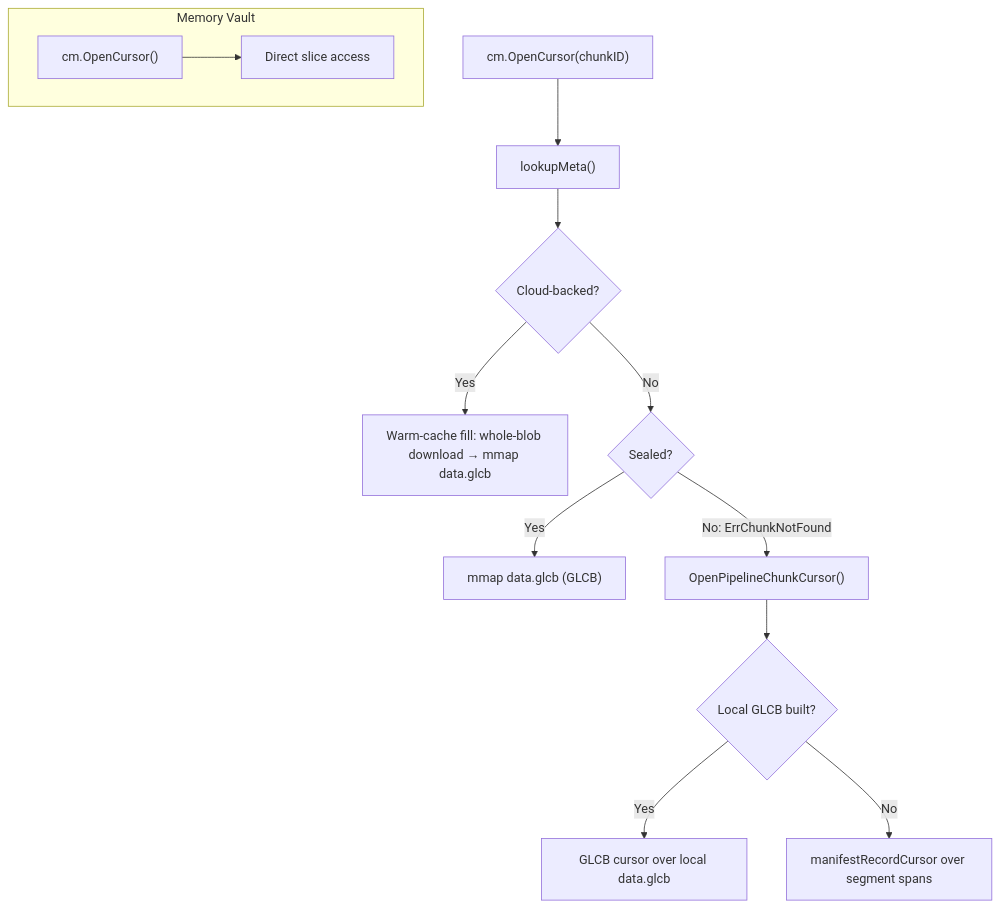
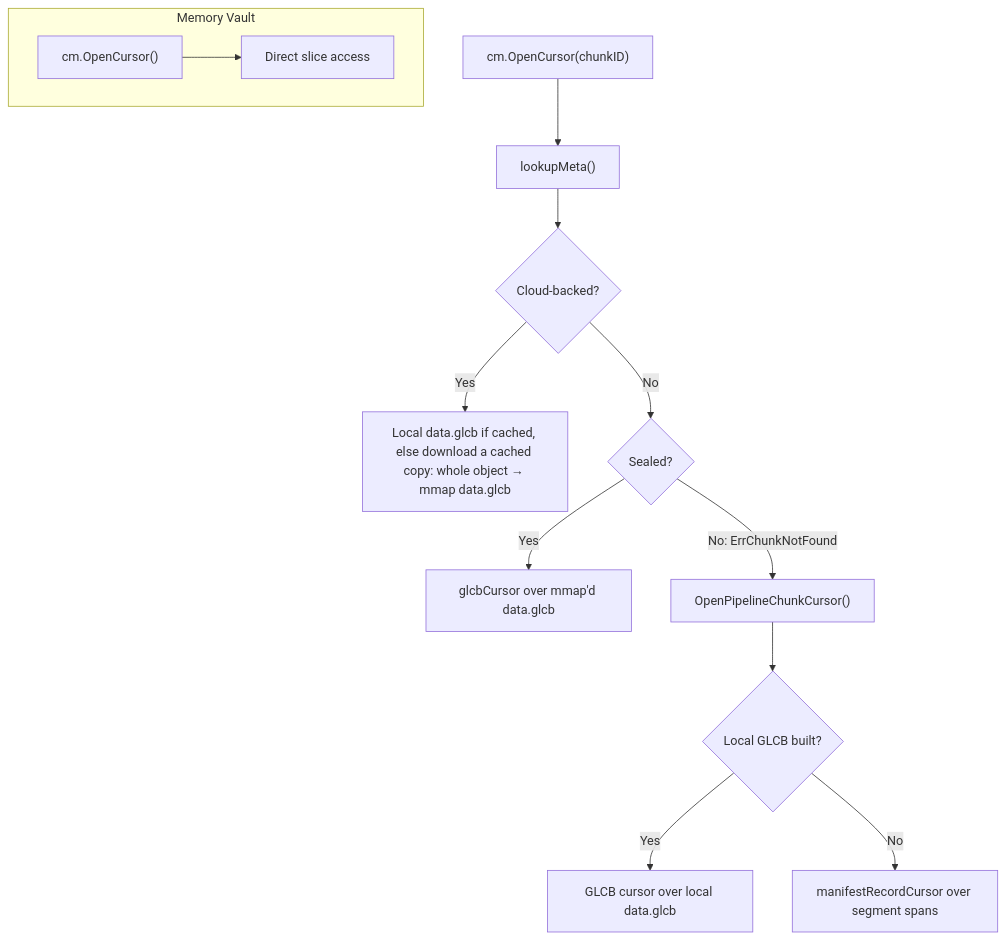
One commit to kluzzebass/gastrolog changed the sixth of 10 diagrams in docs/query_execution.md. Above: the diagram before and after it, drawn with Mermaid. The commit also changed other lines of this file and 112 other files, not shown here.

````diff
--- a/docs/query_execution.md
+++ b/docs/query_execution.md
@@ -215,17 +215,17 @@
 ```mermaid
 flowchart TD
     Open["cm.OpenCursor(chunkID)"] --> LookupMeta["lookupMeta()"]
 
     LookupMeta --> IsCloud{"Cloud-backed?"}
-    IsCloud -->|Yes| CloudPath["Warm-cache fill: whole-blob download → mmap data.glcb"]
+    IsCloud -->|Yes| CloudPath["Local data.glcb if cached, else download a cached copy: whole object → mmap data.glcb"]
     IsCloud -->|No| IsSealed{"Sealed?"}
-    IsSealed -->|Yes| MmapPath["mmap data.glcb (GLCB)"]
+    IsSealed -->|Yes| MmapPath["glcbCursor over mmap'd data.glcb"]
     IsSealed -->|"No: ErrChunkNotFound"| Pipeline["OpenPipelineChunkCursor()"]
     Pipeline --> HasGLCB{"Local GLCB built?"}
     HasGLCB -->|Yes| GLCBCursor["GLCB cursor over local data.glcb"]
     HasGLCB -->|No| SpanCursor["manifestRecordCursor over segment spans"]
 
     subgraph Memory Vault
         MemOpen["cm.OpenCursor()"] --> MemSlice["Direct slice access"]
     end
 ```
````
